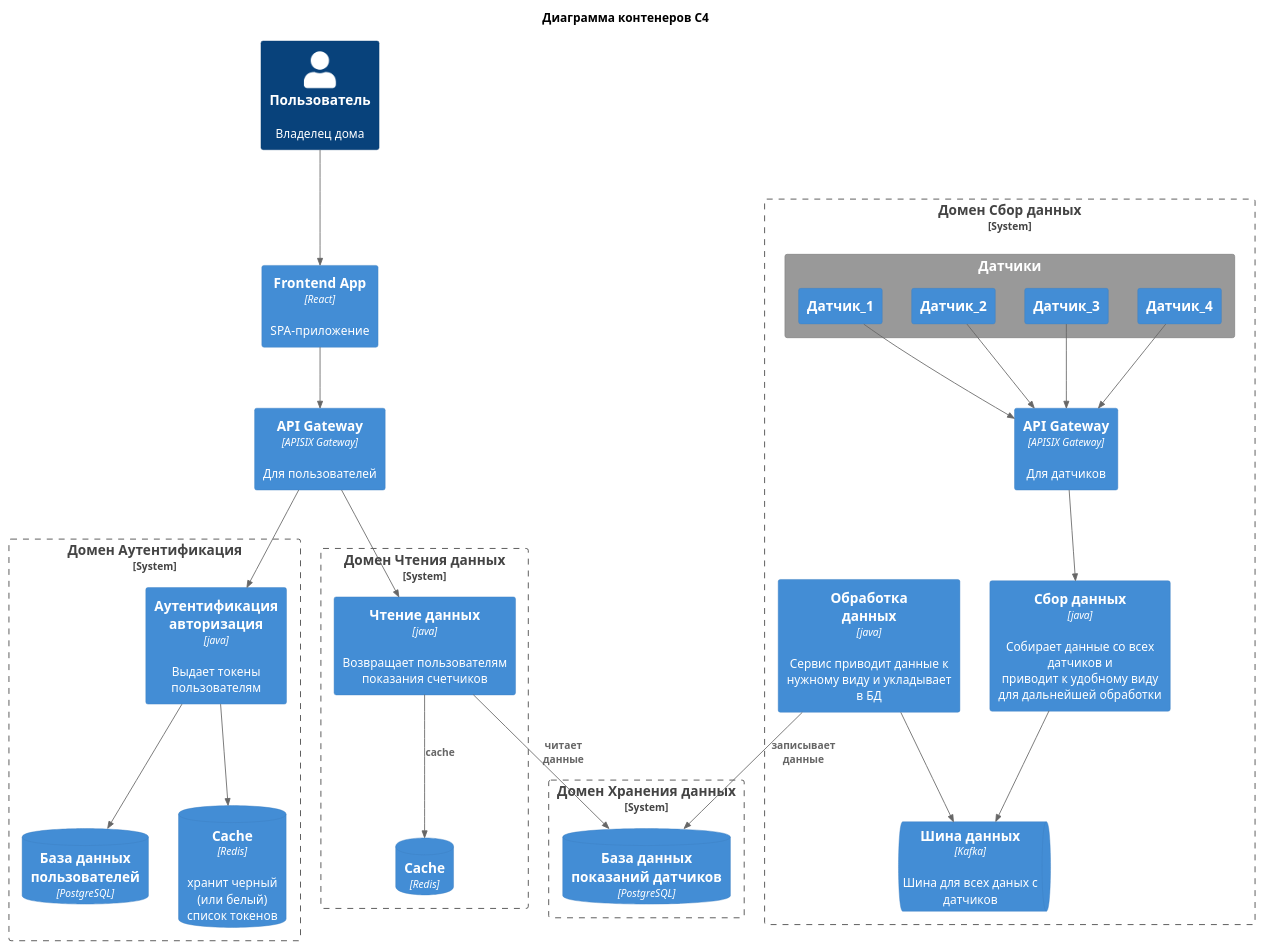
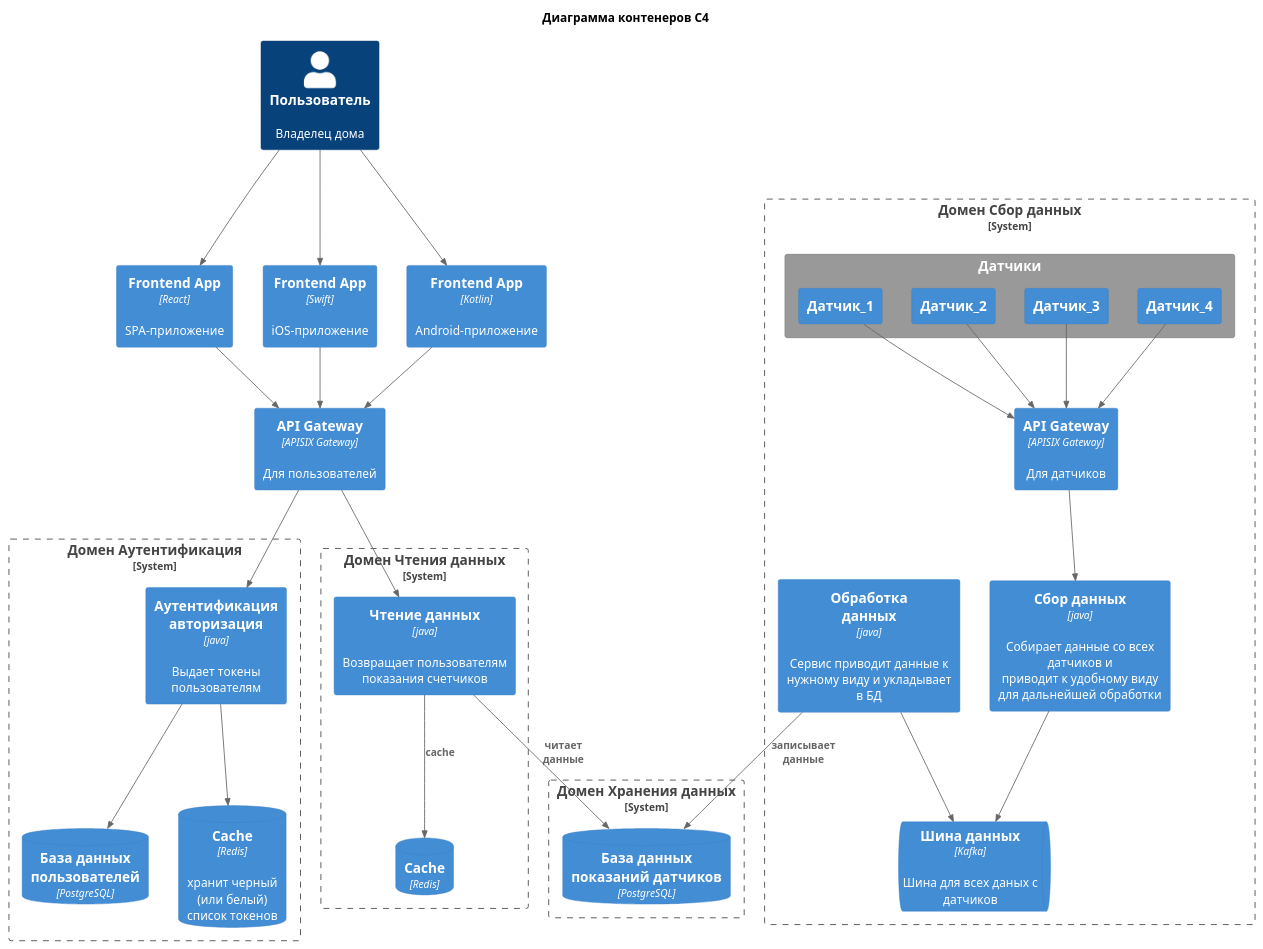
Before and after one commit to AlexPunches/architecture-sprint-3: the second of 5 diagrams in Project_template_part_1.md, drawn with PlantUML. The commit also changed other lines of this file, not shown here.

````diff
--- a/Project_template_part_1.md
+++ b/Project_template_part_1.md
@@ -69,62 +72,68 @@
 ```plantuml
 @startuml
 !include  https://raw.githubusercontent.com/plantuml-stdlib/C4-PlantUML/master/C4_Container.puml
 HIDE_STEREOTYPE()
 
 title Диаграмма контенеров C4
 
 Person(user, "Пользователь", "Владелец дома")
 Container(front, "Frontend App", "React", "SPA-приложение")
+Container(front_2, "Frontend App", "Swift", "iOS-приложение")
+Container(front_3, "Frontend App", "Kotlin", "Android-приложение")
 Container(gateway_1, "API Gateway", "APISIX Gateway", "Для пользователей")
 
 
 System_Boundary("domen_4", "Домен Хранения данных") {
   ContainerDb(database, "База данных показаний датчиков", "PostgreSQL")
 }
 
 System_Boundary("domen_3", "Домен Чтения данных") {
   Container(backend, "Чтение данных", "java", "Возвращает пользователям показания счетчиков")
   ContainerDb(cache, "Cache", "Redis",)
 }
 
 System_Boundary("domen_2", "Домен Аутентификация") {
   ContainerDb(database_users, "База данных пользователей", "PostgreSQL", "")
   ContainerDb(cache_auth, "Cache", "Redis", "хранит черный\n(или белый)\nсписок токенов")
   Container(auth, "Аутентификация\nавторизация", "java", "Выдает токены пользователям")
 }
 
 System_Boundary("domen_1", "Домен Сбор данных") {
   Container(etl, "Обработка\nданных", "java", "Сервис приводит данные к нужному виду и укладывает в БД")
   Container(gateway_2, "API Gateway", "APISIX Gateway", "Для датчиков")
   Container(datastorage, "Сбор данных", "java", "Собирает данные со всех датчиков и\nприводит к удобному виду для дальнейшей обработки")
   System_Ext(sensors, "Датчики") {
     Container(sensor_1, "Датчик_1")
     Container(sensor_2, "Датчик_2")
     Container(sensor_3, "Датчик_3")
     Container(sensor_4, "Датчик_4")
   }
 ContainerQueue(databus, "Шина данных", "Kafka", "Шина для всех даных с датчиков")
 }
 
 Rel(sensor_1, gateway_2,)
 Rel(sensor_2, gateway_2,)
 Rel(sensor_3, gateway_2,)
 Rel(sensor_4, gateway_2,)
 Rel(gateway_2, datastorage,)
 Rel(gateway_1, auth,)
 Rel(gateway_1, backend,)
 
 Rel(user, front,)
+Rel(user, front_2,)
+Rel(user, front_3,)
 Rel(front, gateway_1,)
+Rel(front_2, gateway_1,)
+Rel(front_3, gateway_1,)
 
 Rel(backend, database, "читает\nданные")
 Rel(backend, cache, "cache")
 Rel(auth, database_users,)
 Rel(auth, cache_auth,)
 Rel(datastorage, databus,)
 
 Rel(etl, databus, )
 Rel(etl, database, "записывает\nданные")
 
 @enduml
 ```
````
